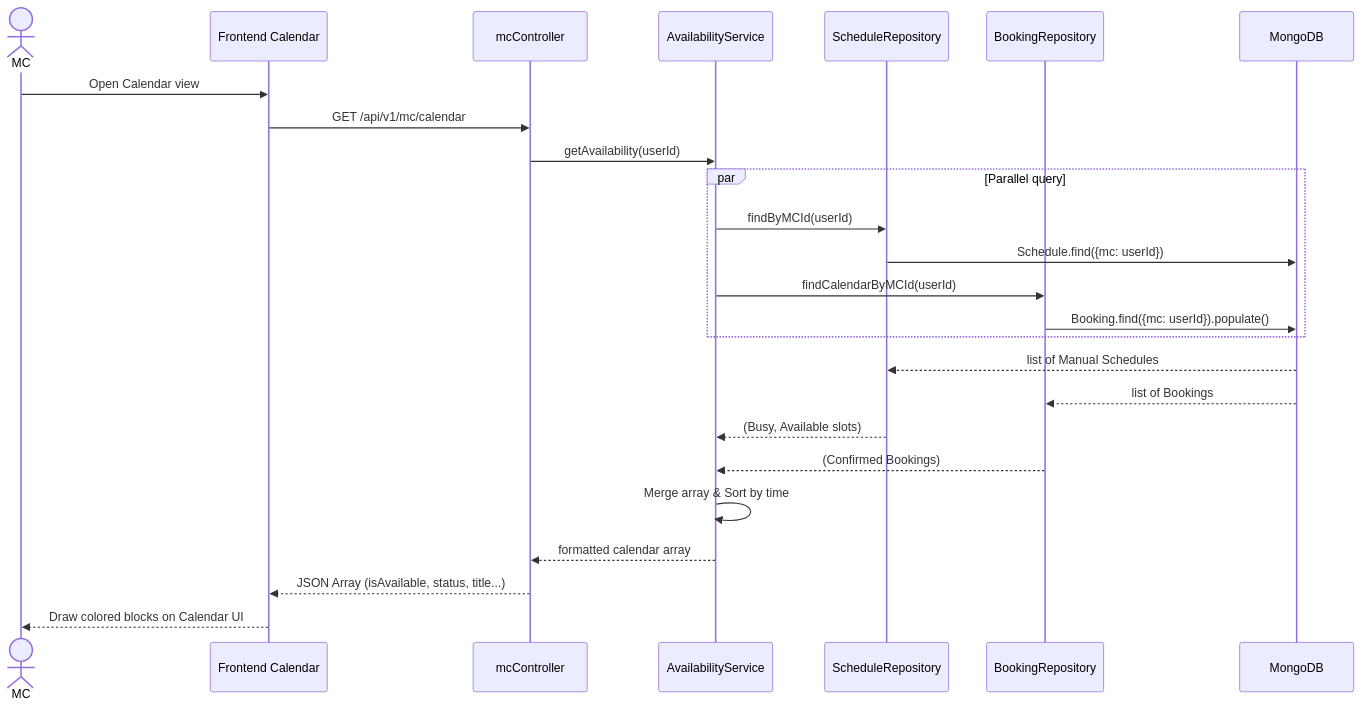
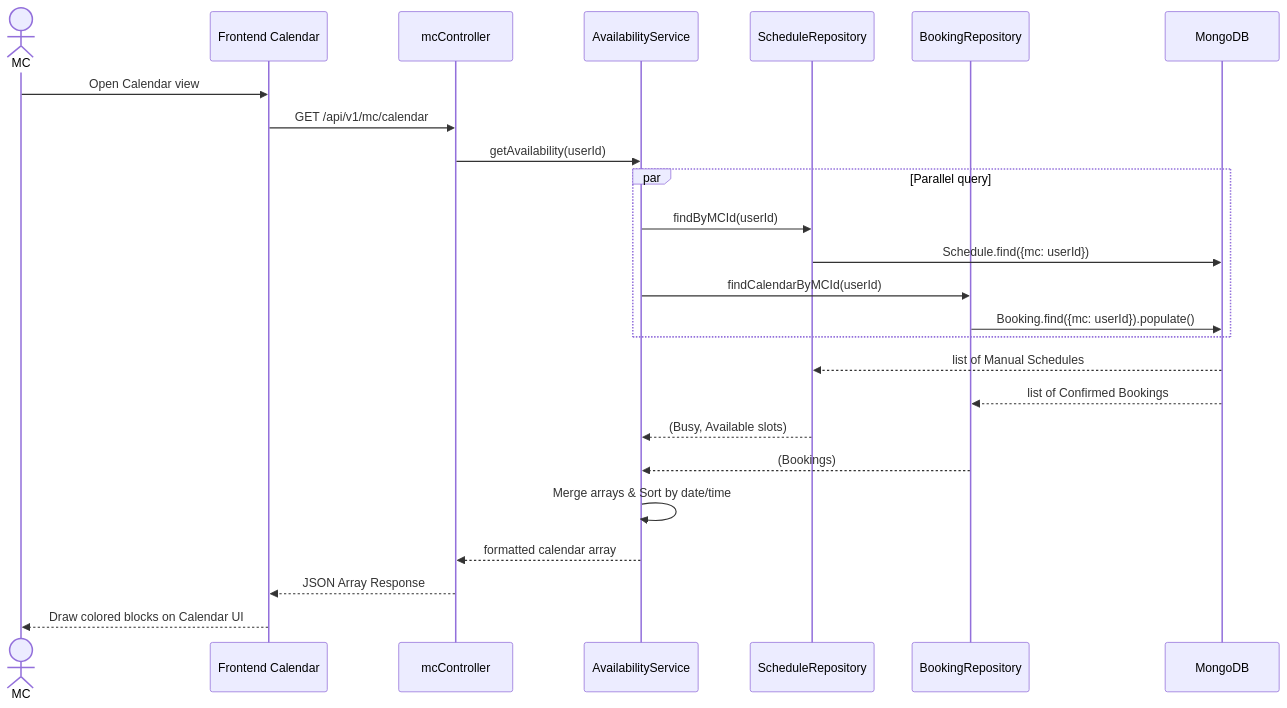
One commit to dat-21/SWD392 changed the tenth of 36 diagrams in UC_Backend_Design_Details.md. Above: the diagram before and after it, drawn with Mermaid. The commit also changed other lines of this file, not shown here.

Commit message:
feat: Refactor design documentation by removing the general system architecture diagram and adding specific high-level design diagrams for individual use cases.

````diff
--- a/UC_Backend_Design_Details.md
+++ b/UC_Backend_Design_Details.md
@@ -183,30 +219,30 @@
 ```mermaid
 sequenceDiagram
     actor MC
     participant FE as Frontend Calendar
     participant Ctrl as mcController
     participant AvailSvc as AvailabilityService
     participant SRepo as ScheduleRepository
     participant BRepo as BookingRepository
     participant DB as MongoDB
 
     MC->>FE: Open Calendar view
     FE->>Ctrl: GET /api/v1/mc/calendar
     Ctrl->>AvailSvc: getAvailability(userId)
     
     par Parallel query
         AvailSvc->>SRepo: findByMCId(userId)
         SRepo->>DB: Schedule.find({mc: userId})
         AvailSvc->>BRepo: findCalendarByMCId(userId)
         BRepo->>DB: Booking.find({mc: userId}).populate()
     end
     
     DB-->>SRepo: list of Manual Schedules
-    DB-->>BRepo: list of Bookings
+    DB-->>BRepo: list of Confirmed Bookings
     SRepo-->>AvailSvc: (Busy, Available slots)
-    BRepo-->>AvailSvc: (Confirmed Bookings)
-    AvailSvc->>AvailSvc: Merge array & Sort by time
+    BRepo-->>AvailSvc: (Bookings)
+    AvailSvc->>AvailSvc: Merge arrays & Sort by date/time
     AvailSvc-->>Ctrl: formatted calendar array
-    Ctrl-->>FE: JSON Array (isAvailable, status, title...)
+    Ctrl-->>FE: JSON Array Response
     FE-->>MC: Draw colored blocks on Calendar UI
 ```
````
